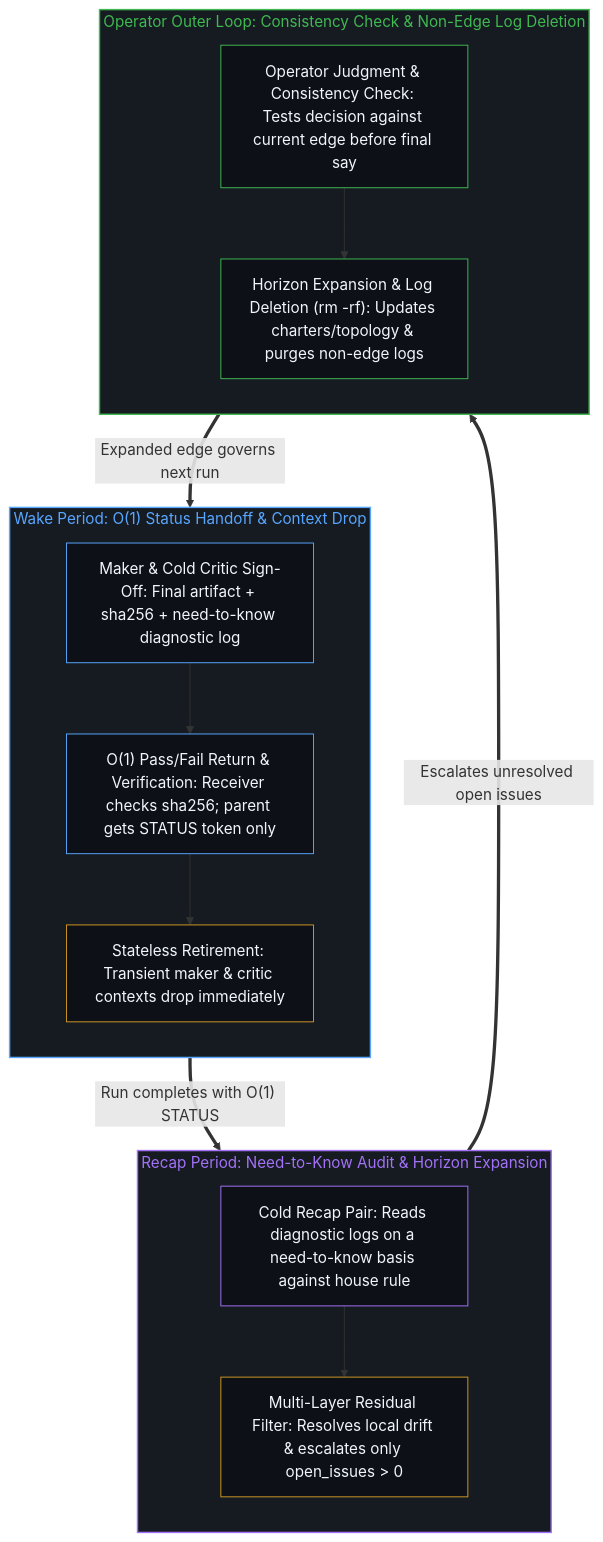
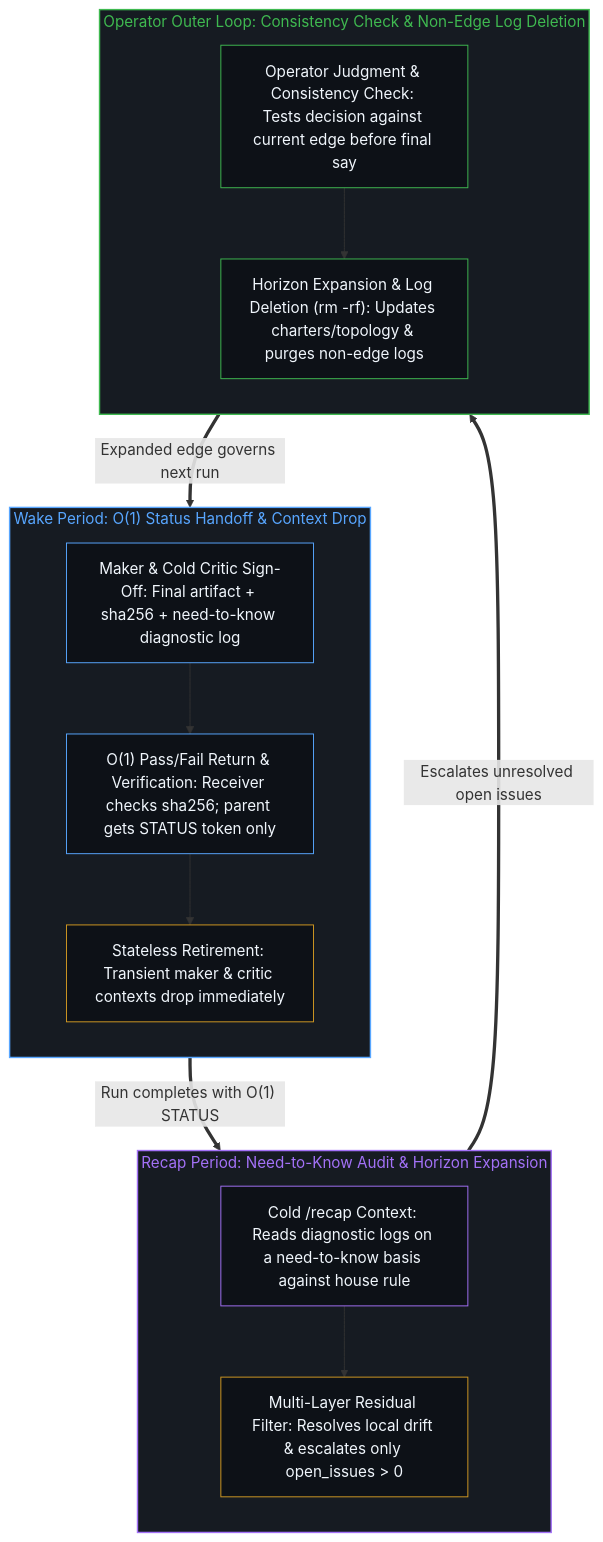
The fourth of 4 diagrams in content/posts/on-demand-contexts-keep-coherence-at-one-step.md (powerpig99/not-a-toe), drawn with Mermaid before and after one commit. The commit also changed other lines of this file and 3 other files, not shown here.

````diff
--- a/content/posts/on-demand-contexts-keep-coherence-at-one-step.md
+++ b/content/posts/on-demand-contexts-keep-coherence-at-one-step.md
@@ -159,35 +159,35 @@
 ```mermaid
 flowchart TD
     subgraph S_Wake["Wake Period: O(1) Status Handoff & Context Drop"]
         direction TB
         Sign["Maker & Cold Critic Sign-Off: Final artifact + sha256 + need-to-know diagnostic log"]
         Verify["O(1) Pass/Fail Return & Verification: Receiver checks sha256; parent gets STATUS token only"]
         Drop["Stateless Retirement: Transient maker & critic contexts drop immediately"]
         Sign --> Verify --> Drop
     end
     subgraph S_Recap["Recap Period: Need-to-Know Audit & Horizon Expansion"]
         direction TB
-        ReadRun["Cold Recap Pair: Reads diagnostic logs on a need-to-know basis against house rule"]
+        ReadRun["Cold /recap Context: Reads diagnostic logs on a need-to-know basis against house rule"]
         Expose["Multi-Layer Residual Filter: Resolves local drift & escalates only open_issues > 0"]
         ReadRun --> Expose
     end
     subgraph S_Operator["Operator Outer Loop: Consistency Check & Non-Edge Log Deletion"]
         direction TB
         Decide["Operator Judgment & Consistency Check: Tests decision against current edge before final say"]
         Prune["Horizon Expansion & Log Deletion (rm -rf): Updates charters/topology & purges non-edge logs"]
         Decide --> Prune
     end
     Drop ==>|"Run completes with O(1) STATUS"| ReadRun
     Expose ==>|"Escalates unresolved open issues"| Decide
     Prune ==>|"Expanded edge governs next run"| Sign
     style S_Wake fill:#161b22,stroke:#58a6ff,stroke-width:1.5px,color:#58a6ff
     style S_Recap fill:#161b22,stroke:#a371f7,stroke-width:1.5px,color:#a371f7
     style S_Operator fill:#161b22,stroke:#3fb950,stroke-width:1.5px,color:#3fb950
     style Sign fill:#0d1117,stroke:#58a6ff,stroke-width:1px,color:#f0f6fc
     style Verify fill:#0d1117,stroke:#58a6ff,stroke-width:1px,color:#f0f6fc
     style Drop fill:#0d1117,stroke:#d29922,stroke-width:1px,color:#f0f6fc
     style ReadRun fill:#0d1117,stroke:#a371f7,stroke-width:1px,color:#f0f6fc
     style Expose fill:#0d1117,stroke:#d29922,stroke-width:1px,color:#f0f6fc
     style Decide fill:#0d1117,stroke:#3fb950,stroke-width:1px,color:#f0f6fc
     style Prune fill:#0d1117,stroke:#3fb950,stroke-width:1px,color:#f0f6fc
 ```
````
